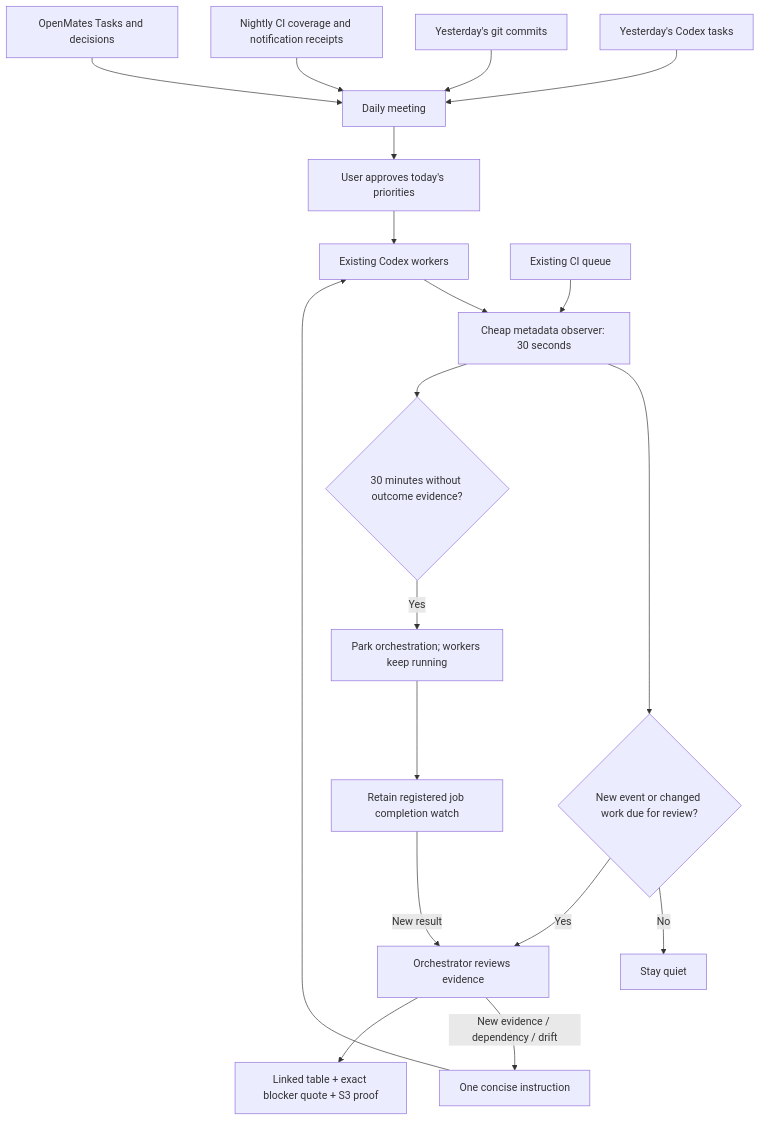
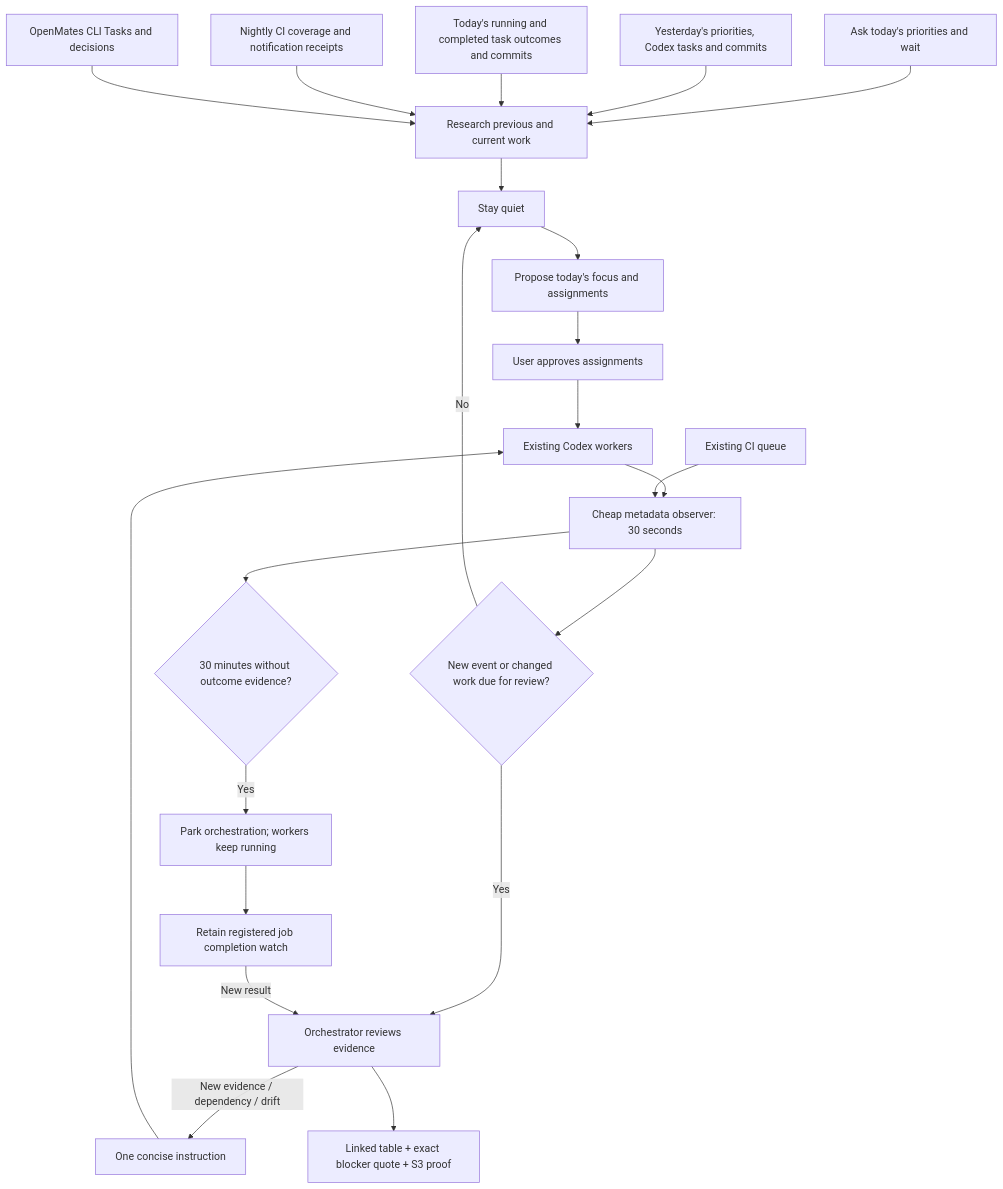
The first of 2 diagrams in docs/architecture/codex-orchestration.md (glowingkitty/OpenMates), drawn with Mermaid before and after one commit. The commit also changed other lines of this file and 7 other files, not shown here.

First line of the commit message:
fix: restore priorities-first daily meeting flow

````diff
--- a/docs/architecture/codex-orchestration.md
+++ b/docs/architecture/codex-orchestration.md
@@ -7,21 +7,24 @@
 ```mermaid
 flowchart TD
-    H[Yesterday's Codex tasks] --> M[Daily meeting]
-    G[Yesterday's git commits] --> M
+    U[Ask today's priorities and wait] --> M[Research previous and current work]
+    H[Yesterday's priorities, Codex tasks and commits] --> M
+    G[Today's running and completed task outcomes and commits] --> M
     N[Nightly CI coverage and notification receipts] --> M
-    T[OpenMates Tasks and decisions] --> M
-    M --> A[User approves today's priorities]
+    T[OpenMates CLI Tasks and decisions] --> M
+    M --> Q[Four clarification rounds]
+    Q --> F[Propose today's focus and assignments]
+    F --> A[User approves assignments]
     A --> W[Existing Codex workers]
     W --> C[Cheap metadata observer: 30 seconds]
     J[Existing CI queue] --> C
     C --> D{New event or changed work due for review?}
     D -->|No| Q[Stay quiet]
     D -->|Yes| O[Orchestrator reviews evidence]
     O -->|New evidence / dependency / drift| I[One concise instruction]
     I --> W
     O --> R[Linked table + exact blocker quote + S3 proof]
     C --> P{30 minutes without outcome evidence?}
     P -->|Yes| K[Park orchestration; workers keep running]
     K --> E[Retain registered job completion watch]
     E -->|New result| O
 ```
````
